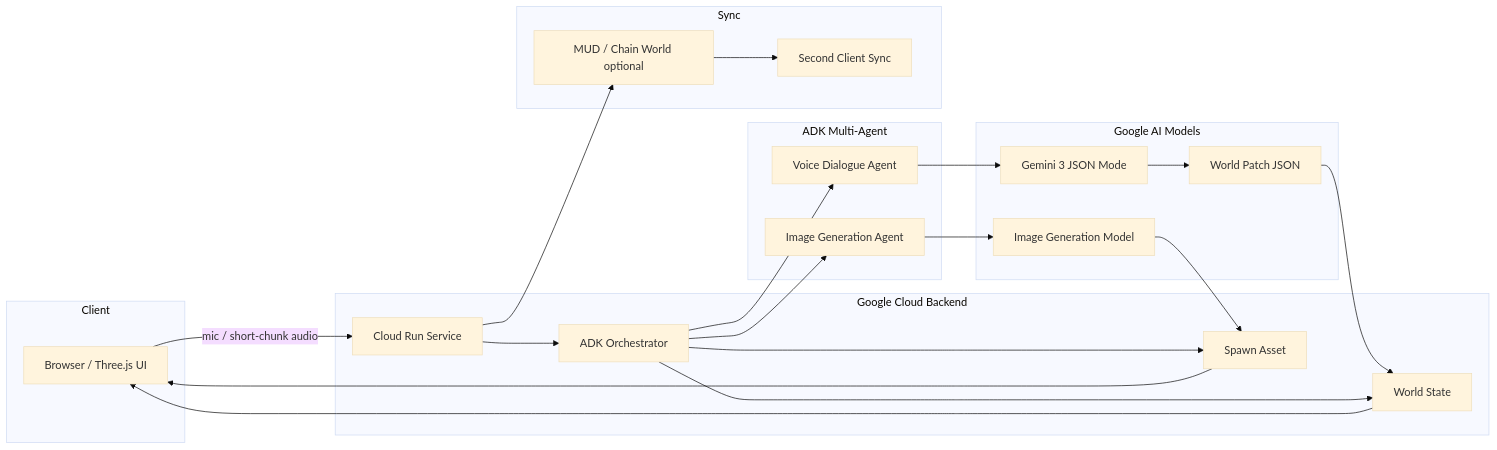
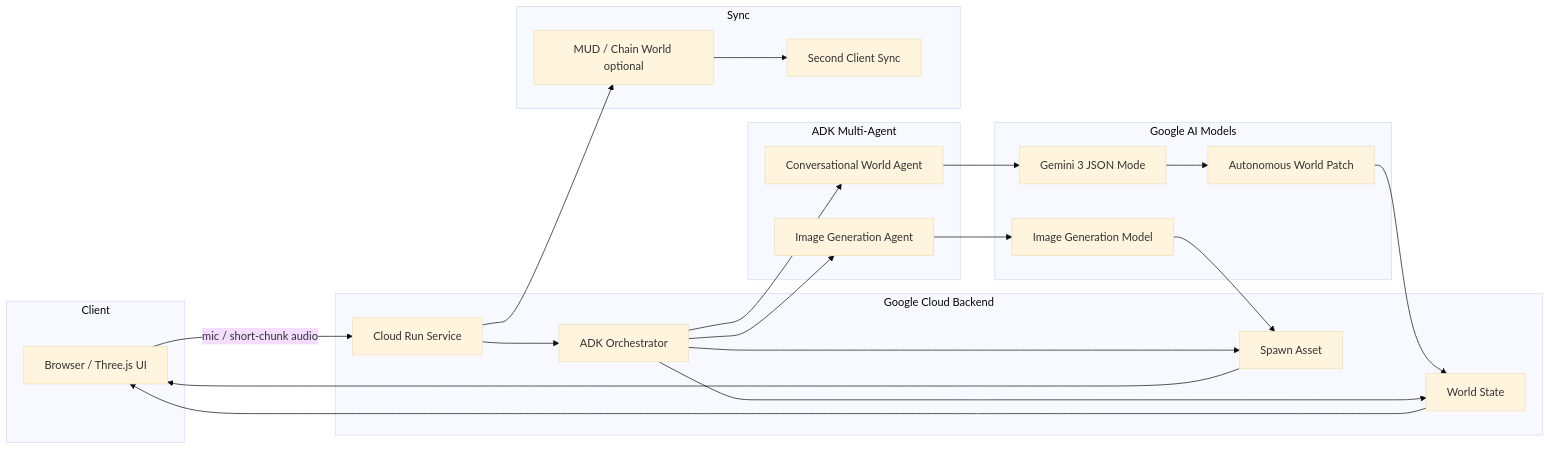
Before and after one commit to mashharuki/202602-Gemini3-Tokyo-Hackathon: the diagram in README.md, drawn with Mermaid (base theme). The commit also changed other lines of this file and 1 other file, not shown here.

````diff
--- a/README.md
+++ b/README.md
@@ -100,45 +100,45 @@
 ```mermaid
 flowchart LR
   subgraph Client
     UI["Browser / Three.js UI"];
   end
 
   subgraph Backend["Google Cloud Backend"]
     S["Cloud Run Service"];
     O["ADK Orchestrator"];
     W["World State"];
     A["Spawn Asset"];
   end
 
   subgraph Agents["ADK Multi-Agent"]
-    V["Voice Dialogue Agent"];
+    V["Conversational World Agent"];
     I["Image Generation Agent"];
   end
 
   subgraph AI["Google AI Models"]
     G["Gemini 3 JSON Mode"];
     IMG["Image Generation Model"];
-    P["World Patch JSON"];
+    P["Autonomous World Patch"];
   end
 
   subgraph Sync
     C["MUD / Chain World optional"];
     UI2["Second Client Sync"];
   end
 
   UI -->|"mic / short-chunk audio"| S;
   S --> O;
   O --> V;
   O --> I;
   V --> G;
   G --> P;
   P --> W;
   O --> W;
   I --> IMG;
   IMG --> A;
   O --> A;
   W --> UI;
   A --> UI;
   S --> C;
   C --> UI2;
 ```
````
